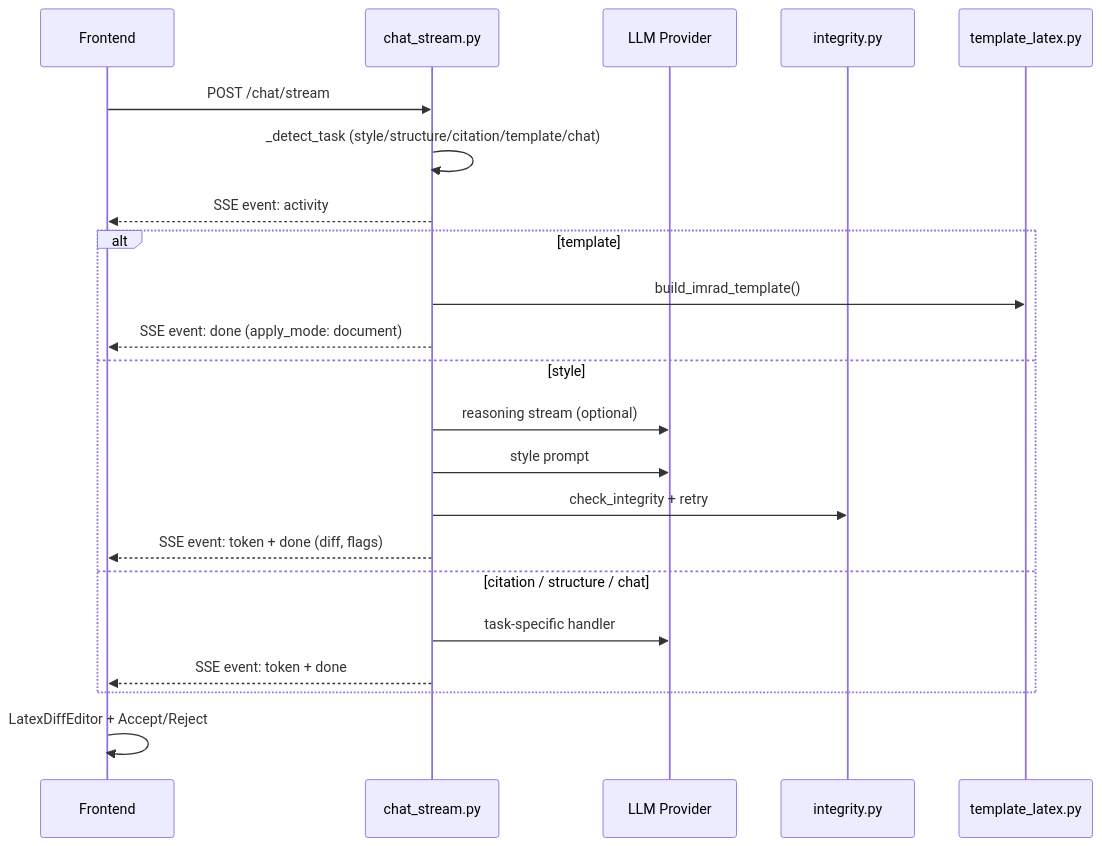
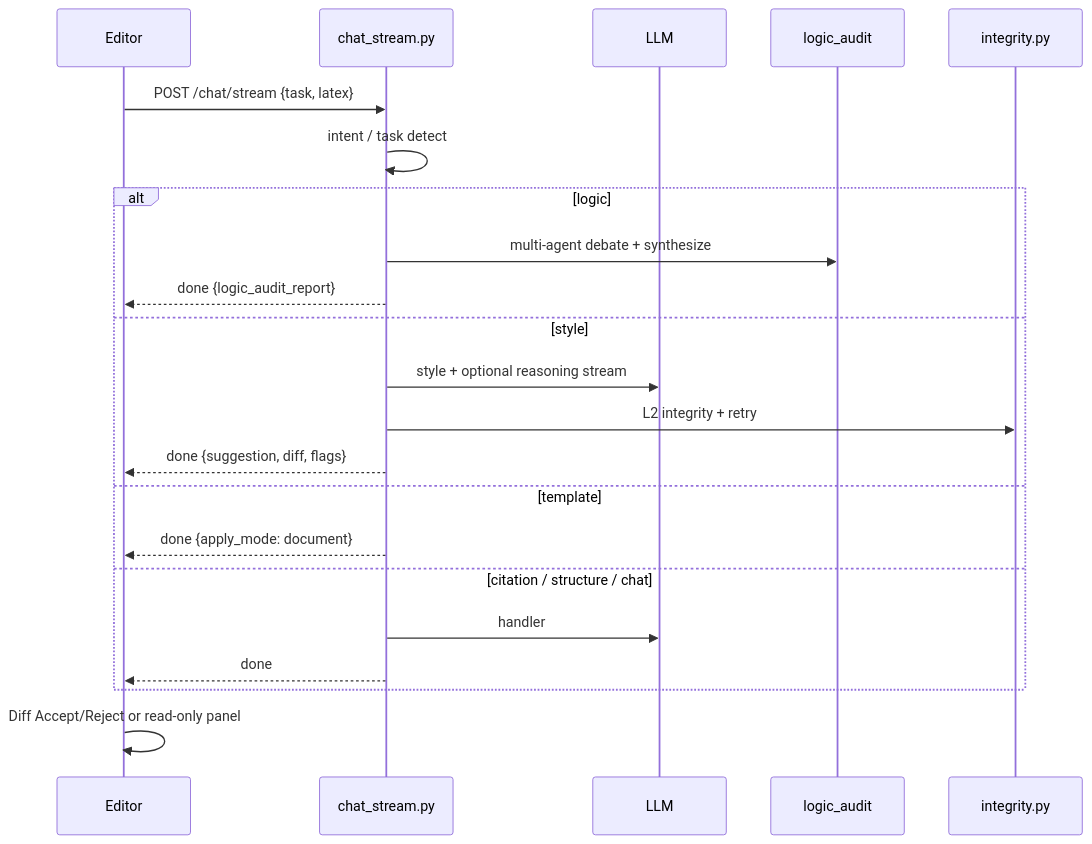
One commit to Tai-TZ/arionear-ai-paper-editor changed the sixth of 11 diagrams in docs/architecture_diagram.md. Above: the diagram before and after it, drawn with Mermaid. The commit also changed other lines of this file and 5 other files, not shown here.

````diff
--- a/docs/architecture_diagram.md
+++ b/docs/architecture_diagram.md
@@ -193,25 +201,25 @@
 ```mermaid
 sequenceDiagram
-    participant FE as Frontend
+    participant FE as Editor
     participant API as chat_stream.py
-    participant LLM as LLM Provider
+    participant LLM as LLM
+    participant LA as logic_audit
     participant AIM as integrity.py
-    participant TPL as template_latex.py
 
-    FE->>API: POST /chat/stream
-    API->>API: _detect_task (style/structure/citation/template/chat)
-    API-->>FE: SSE event: activity
-    alt template
-        API->>TPL: build_imrad_template()
-        API-->>FE: SSE event: done (apply_mode: document)
+    FE->>API: POST /chat/stream {task, latex}
+    API->>API: intent / task detect
+    alt logic
+        API->>LA: multi-agent debate + synthesize
+        API-->>FE: done {logic_audit_report}
     else style
-        API->>LLM: reasoning stream (optional)
-        API->>LLM: style prompt
-        API->>AIM: check_integrity + retry
-        API-->>FE: SSE event: token + done (diff, flags)
+        API->>LLM: style + optional reasoning stream
+        API->>AIM: L2 integrity + retry
+        API-->>FE: done {suggestion, diff, flags}
+    else template
+        API-->>FE: done {apply_mode: document}
     else citation / structure / chat
-        API->>LLM: task-specific handler
-        API-->>FE: SSE event: token + done
+        API->>LLM: handler
+        API-->>FE: done
     end
-    FE->>FE: LatexDiffEditor + Accept/Reject
+    FE->>FE: Diff Accept/Reject or read-only panel
 ```
````
